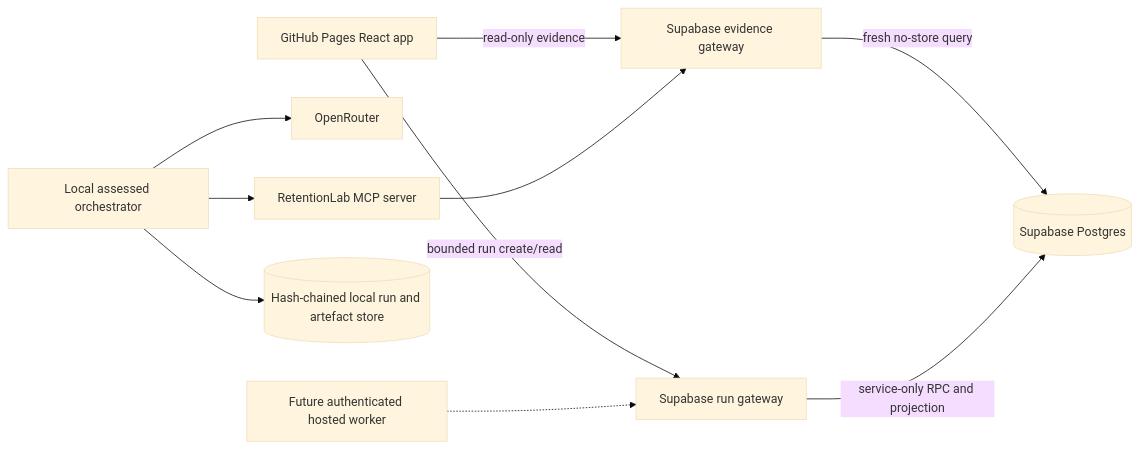
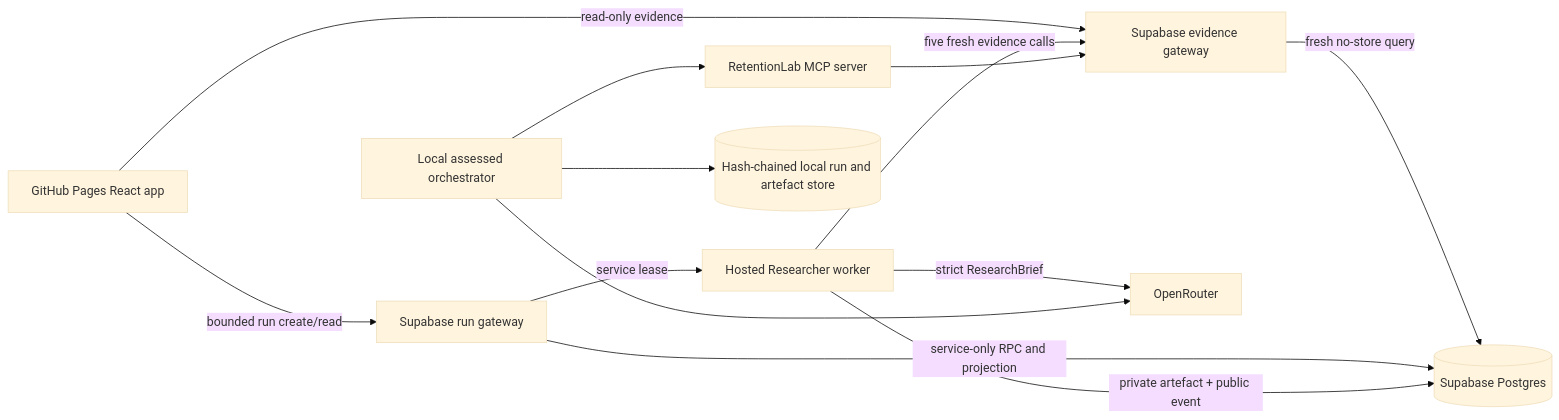
The diagram in docs/architecture.md (Dnyanesh1999/retentionlab-agentic-organisation), drawn with Mermaid (base theme) before and after one commit. The commit also changed other lines of this file and 12 other files, not shown here.

````diff
--- a/docs/architecture.md
+++ b/docs/architecture.md
@@ -12,12 +12,15 @@
 ```mermaid
 flowchart LR
     A[GitHub Pages React app] -->|read-only evidence| H[Supabase evidence gateway]
     A -->|bounded run create/read| R[Supabase run gateway]
     H -->|fresh no-store query| F[(Supabase Postgres)]
     R -->|service-only RPC and projection| F
-    C[Local assessed orchestrator] --> D[OpenRouter]
+    R -->|service lease| W[Hosted Researcher worker]
+    W -->|five fresh evidence calls| H
+    W -->|strict ResearchBrief| D[OpenRouter]
+    W -->|private artefact + public event| F
+    C[Local assessed orchestrator] --> D
     C --> E[RetentionLab MCP server]
     E --> H
     C --> G[(Hash-chained local run and artefact store)]
-    W[Future authenticated hosted worker] -.-> R
 ```
````
